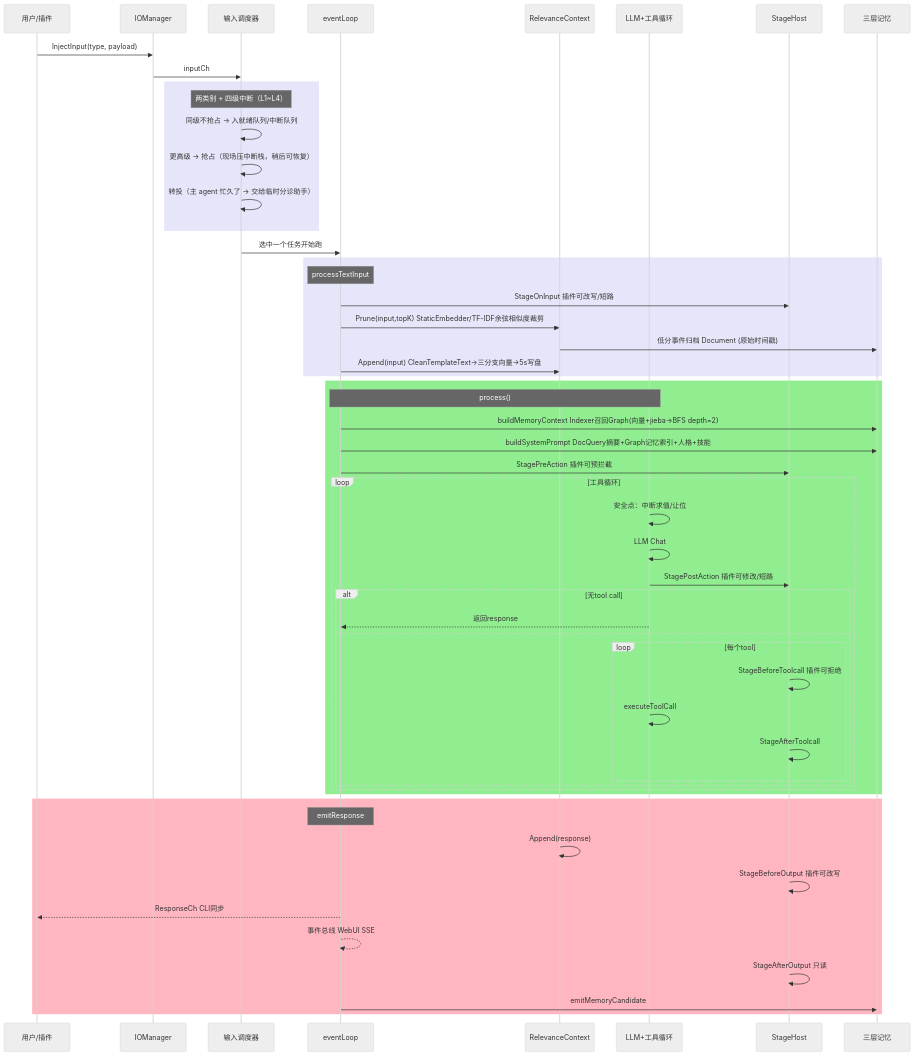
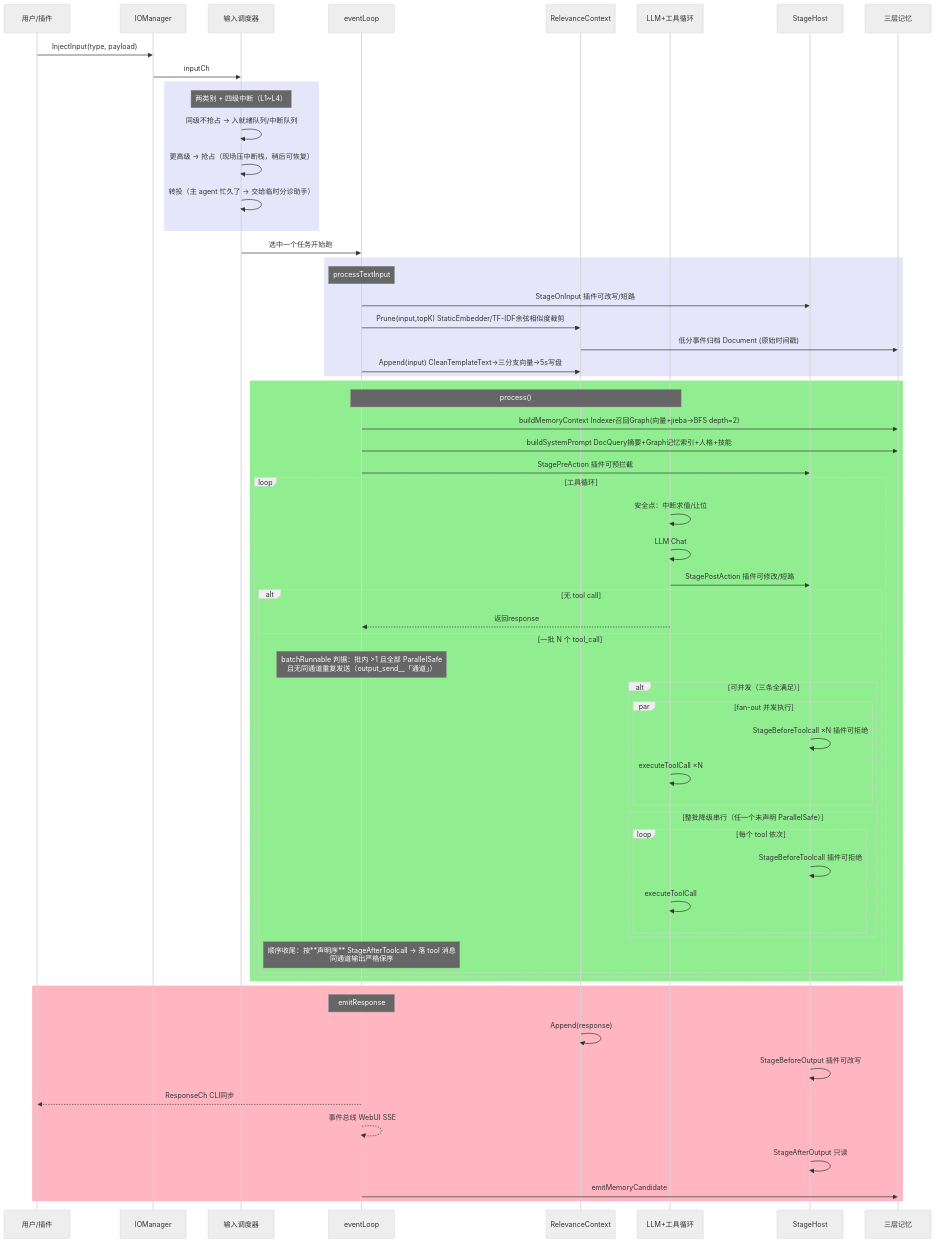
Before and after one commit to JianFeeeee/HomeAgent: the first of 3 diagrams in README.md, drawn with Mermaid (neutral theme). The commit also changed other lines of this file and 1 other file, not shown here.

````diff
--- a/README.md
+++ b/README.md
@@ -43,57 +55,65 @@
 ```mermaid
 sequenceDiagram
     participant U as 用户/插件
     participant IO as IOManager
     participant SCH as 输入调度器
     participant EV as eventLoop
     participant CTX as RelevanceContext
     participant LLM as LLM+工具循环
     participant ST as StageHost
     participant MEM as 三层记忆
 
     U->>IO: InjectInput(type, payload)
     IO->>SCH: inputCh
     rect lavender
         Note over SCH: 两类别 + 四级中断（L1~L4）
         SCH->>SCH: 同级不抢占 → 入就绪队列/中断队列
         SCH->>SCH: 更高级 → 抢占（现场压中断栈，稍后可恢复）
         SCH->>SCH: 转投（主 agent 忙久了 → 交给临时分诊助手）
     end
     SCH->>EV: 选中一个任务开始跑
     rect lavender
         Note over EV: processTextInput
         EV->>ST: StageOnInput  插件可改写/短路
         EV->>CTX: Prune(input,topK)  StaticEmbedder/TF-IDF余弦相似度裁剪
         CTX->>MEM: 低分事件归档 Document (原始时间戳)
         EV->>CTX: Append(input)  CleanTemplateText→三分支向量→5s写盘
     end
     rect lightgreen
         Note over EV,LLM: process()
         EV->>MEM: buildMemoryContext  Indexer召回Graph(向量+jieba→BFS depth=2)
         EV->>MEM: buildSystemPrompt  DocQuery摘要+Graph记忆索引+人格+技能
         EV->>ST: StagePreAction  插件可预拦截
         loop 工具循环
             LLM->>LLM: 安全点：中断求值/让位
             LLM->>LLM: LLM Chat
             LLM->>ST: StagePostAction  插件可修改/短路
-            alt 无tool call
+            alt 无 tool call
                 LLM-->>EV: 返回response
-            else
-                loop 每个tool
-                    ST->>ST: StageBeforeToolcall  插件可拒绝
-                    LLM->>LLM: executeToolCall
-                    ST->>ST: StageAfterToolcall
+            else 一批 N 个 tool_call
+                Note over EV: batchRunnable 判据：批内 >1 且全部 ParallelSafe<br/>且无同通道重复发送（output_send__「通道」）
+                alt 可并发（三条全满足）
+                    par fan-out 并发执行
+                        ST->>ST: StageBeforeToolcall ×N  插件可拒绝
+                        LLM->>LLM: executeToolCall ×N
+                    end
+                else 整批降级串行（任一个未声明 ParallelSafe）
+                    loop 每个 tool 依次
+                        ST->>ST: StageBeforeToolcall  插件可拒绝
+                        LLM->>LLM: executeToolCall
+                    end
                 end
+                Note over EV: 顺序收尾：按**声明序** StageAfterToolcall → 落 tool 消息<br/>同通道输出严格保序
             end
         end
     end
     rect lightpink
         Note over EV: emitResponse
         CTX->>CTX: Append(response)
         ST->>ST: StageBeforeOutput  插件可改写
         EV-->>U: ResponseCh CLI同步
         EV-->>EV: 事件总线 WebUI SSE
         ST->>ST: StageAfterOutput  只读
         EV->>MEM: emitMemoryCandidate
     end
 ```
````
